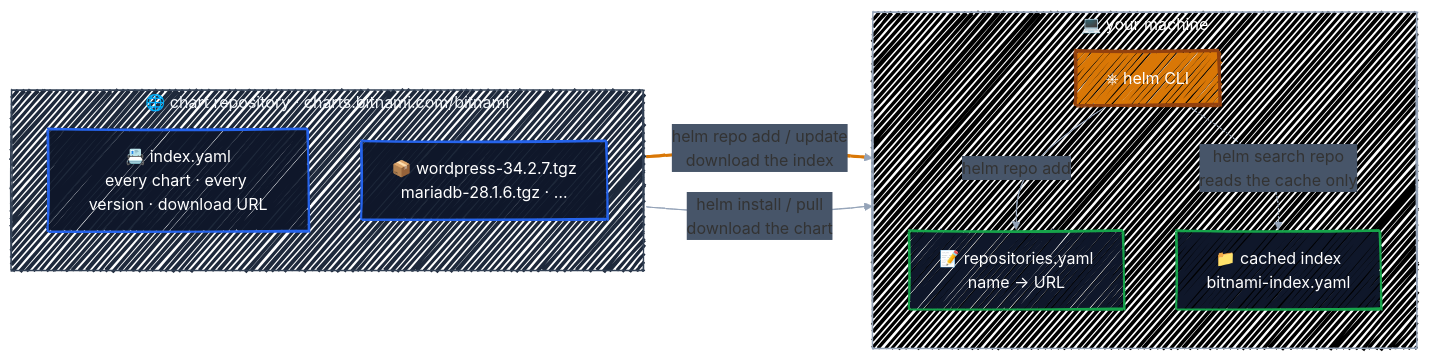
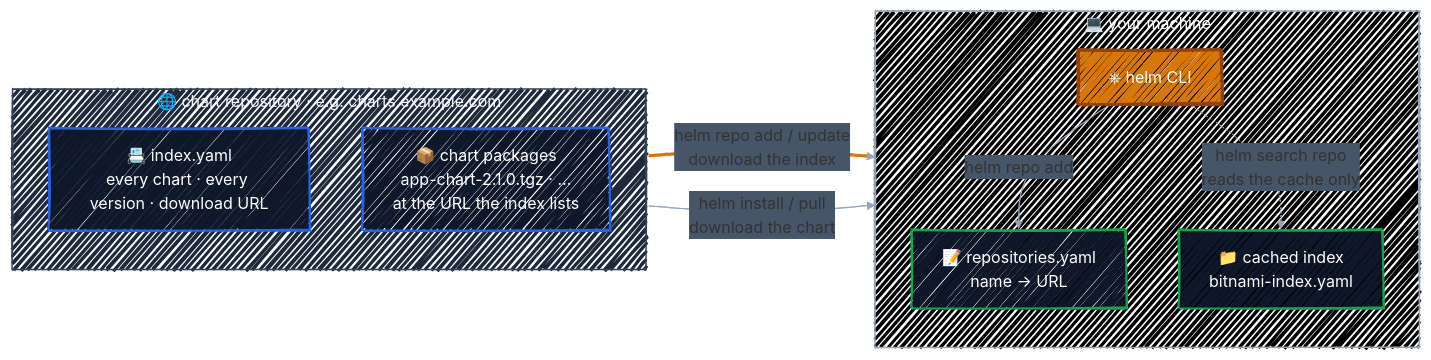
The diagram in docs/helm-fundamentals/managing-repositories.md (r97221004/helm-tutorial), drawn with Mermaid before and after one commit. The commit also changed other lines of this file, not shown here.

First line of the commit message:
docs: cover private repos and fix repository details

````diff
--- a/docs/helm-fundamentals/managing-repositories.md
+++ b/docs/helm-fundamentals/managing-repositories.md
@@ -11,43 +11,43 @@
 ```mermaid
 ---
 config:
   look: handDrawn
   theme: default
   themeVariables:
     fontFamily: '"Comic Sans MS", "Comic Sans", "Segoe Print", "Bradley Hand", cursive'
     clusterBkg: '#FAFAFA'
     clusterBorder: '#94A3B8'
     lineColor: '#94A3B8'
     edgeLabelBackground: '#475569'
   themeCSS: |
     .edgeLabel, .edgeLabel p, .edgeLabel span { color: #FFFFFF !important; }
 ---
 flowchart LR
-    subgraph remote["🌐 chart repository · charts.bitnami.com/bitnami"]
+    subgraph remote["🌐 chart repository · e.g. charts.example.com"]
         direction TB
         idx["📇 index.yaml<br/>every chart · every version · download URL"]
-        tgz["📦 wordpress-34.2.7.tgz<br/>mariadb-28.1.6.tgz · …"]
+        tgz["📦 chart packages<br/>app-chart-2.1.0.tgz · …<br/>at the URL the index lists"]
     end
 
     subgraph local["💻 your machine"]
         direction TB
         cfg["📝 repositories.yaml<br/>name → URL"]
         cache["📁 cached index<br/>bitnami-index.yaml"]
         cli["⎈ helm CLI"]
     end
 
     cli -->|"helm repo add"| cfg
     idx ==>|"helm repo add / update<br/>download the index"| cache
     cli -.->|"helm search repo<br/>reads the cache only"| cache
     tgz -->|"helm install / pull<br/>download the chart"| cli
 
     classDef ctrl fill:#0F172A,stroke:#2563EB,stroke-width:2px,color:#FFFFFF
     classDef eng fill:#D97706,stroke:#92400E,stroke-width:3px,color:#FFFFFF
     classDef tgt fill:#0F172A,stroke:#16A34A,stroke-width:2px,color:#FFFFFF
     class idx,tgz ctrl
     class cli eng
     class cfg,cache tgt
     linkStyle 1 stroke:#D97706,stroke-width:3px
     style remote fill:#1E293B,stroke:#334155,color:#F1F5F9,fillStyle:solid
     style local fill:#000000,stroke:#94A3B8,color:#FFFFFF,fillStyle:solid
 ```
````
